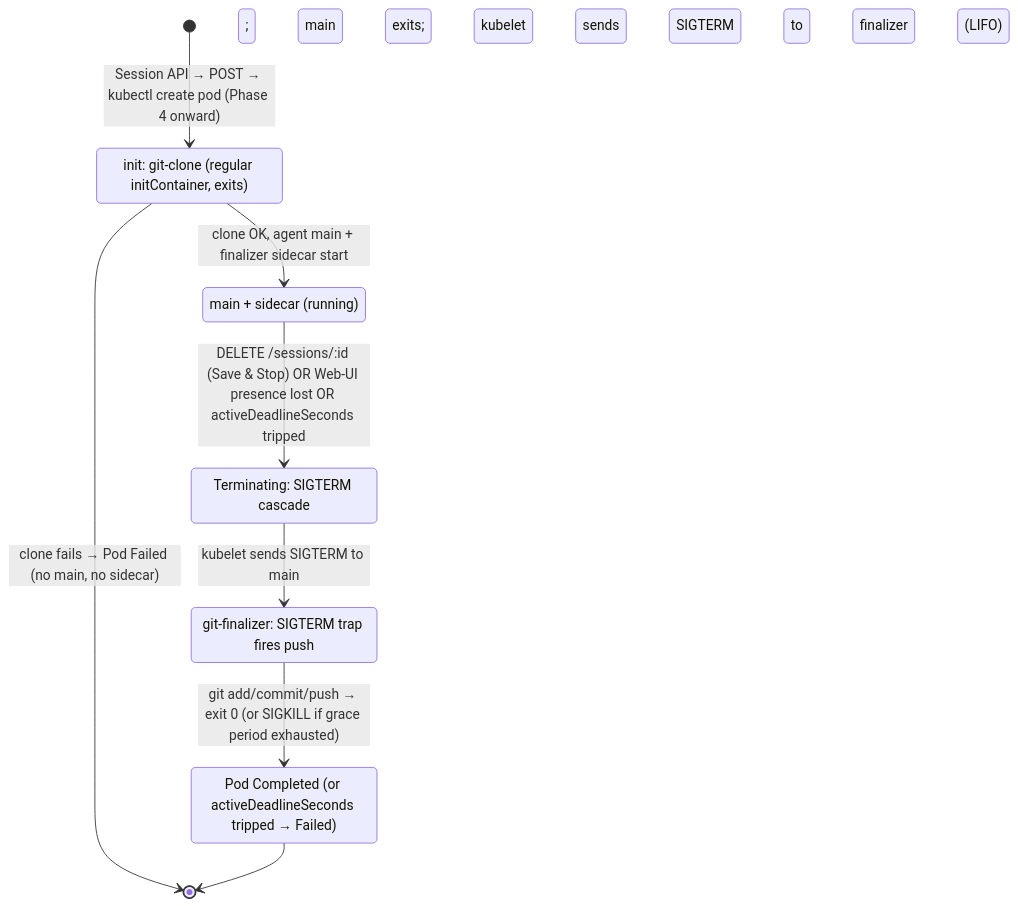
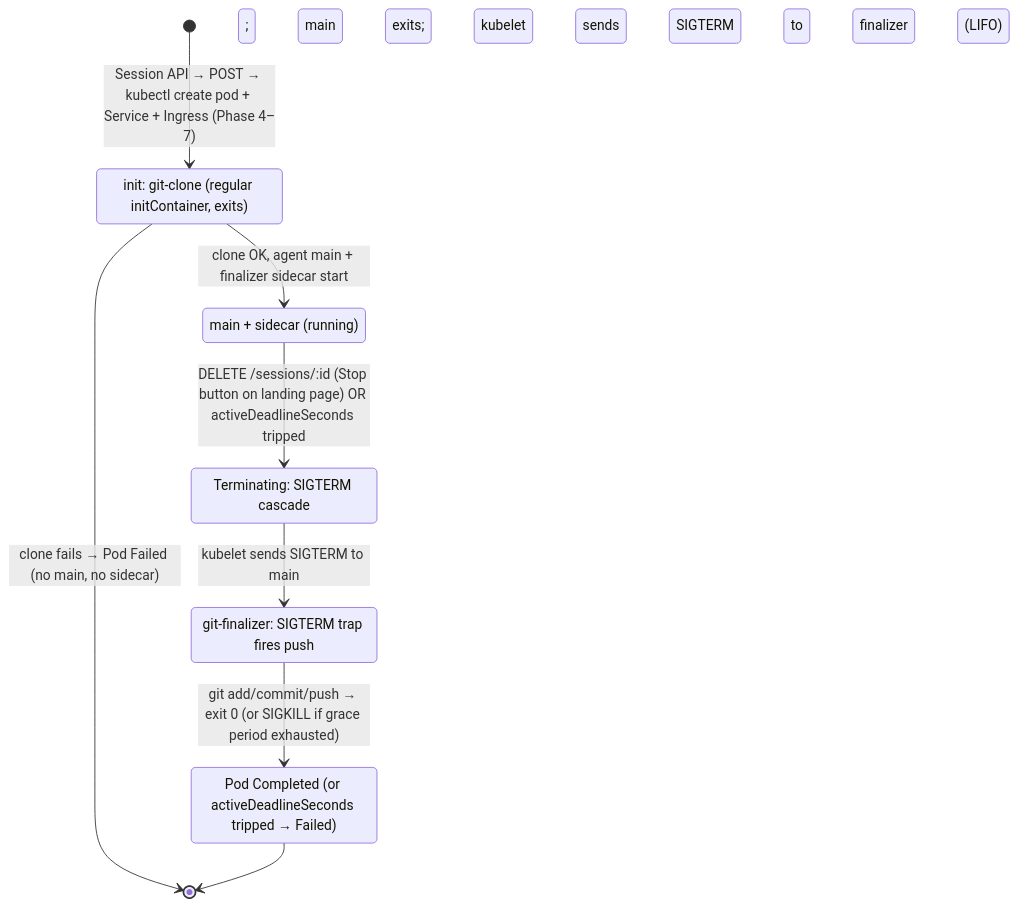
The second of 3 diagrams in docs/plans/2026-05-01-001-feat-v1-staged-walkthrough-plan.md (drigofonte/openvoid), drawn with Mermaid before and after one commit. The commit also changed other lines of this file, not shown here.

````diff
--- a/docs/plans/2026-05-01-001-feat-v1-staged-walkthrough-plan.md
+++ b/docs/plans/2026-05-01-001-feat-v1-staged-walkthrough-plan.md
@@ -339,16 +362,16 @@
 ```mermaid
 stateDiagram-v2
     state "init: git-clone (regular initContainer, exits)" as Init
     state "main + sidecar (running)" as Running
     state "Terminating: SIGTERM cascade" as Terminating
     state "git-finalizer: SIGTERM trap fires push" as Finalizing
     state "Pod Completed (or activeDeadlineSeconds tripped → Failed)" as End
 
-    [*] --> Init: Session API → POST → kubectl create pod (Phase 4 onward)
+    [*] --> Init: Session API → POST → kubectl create pod + Service + Ingress (Phase 4–7)
     Init --> Running: clone OK, agent main + finalizer sidecar start
-    Running --> Terminating: DELETE /sessions/:id (Save & Stop) OR Web-UI presence lost OR activeDeadlineSeconds tripped
+    Running --> Terminating: DELETE /sessions/:id (Stop button on landing page) OR activeDeadlineSeconds tripped
     Terminating --> Finalizing: kubelet sends SIGTERM to main; main exits; kubelet sends SIGTERM to finalizer (LIFO)
     Finalizing --> End: git add/commit/push → exit 0 (or SIGKILL if grace period exhausted)
     Init --> [*]: clone fails → Pod Failed (no main, no sidecar)
     End --> [*]
 ```
````
